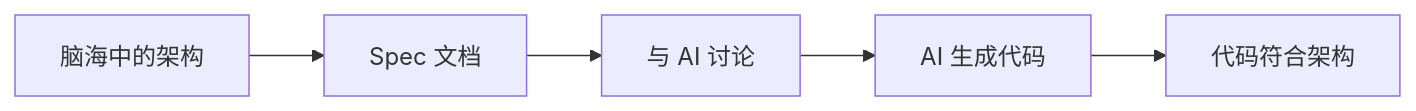
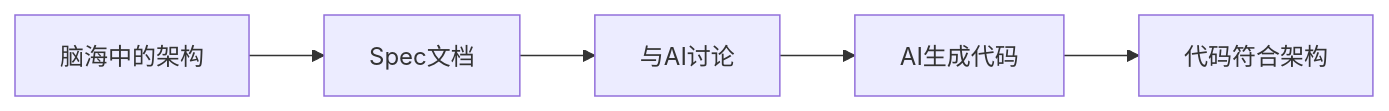
Before and after one commit to Wh1isper/wh1isper.github.io: the fourth of 9 diagrams in source/_posts/2026-02-02-AI-Assisted-Development-Consistency.md, drawn with Mermaid. The commit also changed other lines of this file, not shown here.

Commit message:
Fix mermaid diagrams

````diff
--- a/source/_posts/2026-02-02-AI-Assisted-Development-Consistency.md
+++ b/source/_posts/2026-02-02-AI-Assisted-Development-Consistency.md
@@ -89,7 +93,7 @@
 ```mermaid
 flowchart LR
-    A[脑海中的架构] --> B[Spec 文档]
-    B --> C[与 AI 讨论]
-    C --> D[AI 生成代码]
+    A[脑海中的架构] --> B[Spec文档]
+    B --> C[与AI讨论]
+    C --> D[AI生成代码]
     D --> E[代码符合架构]
 ```
````
